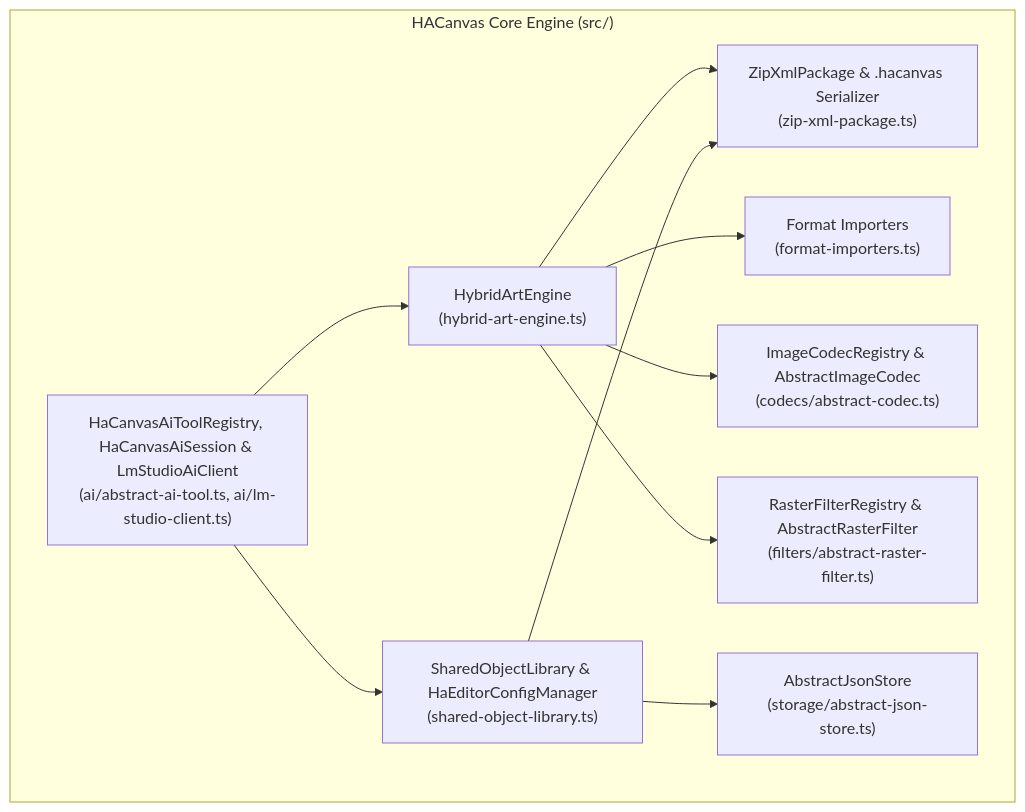
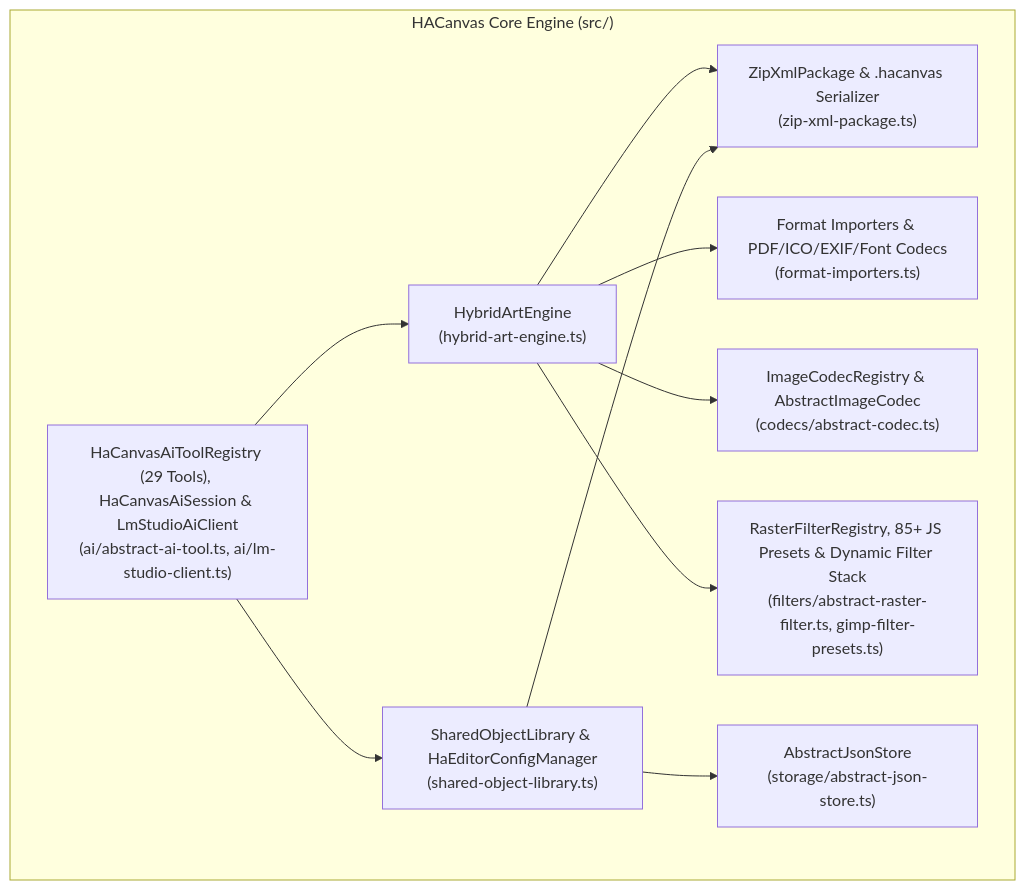
One commit to NexusTools/HACanvas changed the diagram in README.md. Above: the diagram before and after it, drawn with Mermaid. The commit also changed other lines of this file and 257 other files, not shown here.

Commit message:
feat: modular 1-class-per-file architecture, dynamic object/layer filters, timeline & node inspection, 33 AI tools, and docs

````diff
--- a/README.md
+++ b/README.md
@@ -41,22 +42,22 @@
 ```mermaid
 flowchart TD
     subgraph HACanvas["HACanvas Core Engine (src/)"]
         HAE["HybridArtEngine<br/>(hybrid-art-engine.ts)"]
         ZXP["ZipXmlPackage & .hacanvas Serializer<br/>(zip-xml-package.ts)"]
-        FI["Format Importers<br/>(format-importers.ts)"]
+        FI["Format Importers & PDF/ICO/EXIF/Font Codecs<br/>(format-importers.ts)"]
         SOL["SharedObjectLibrary & HaEditorConfigManager<br/>(shared-object-library.ts)"]
         ICR["ImageCodecRegistry & AbstractImageCodec<br/>(codecs/abstract-codec.ts)"]
-        RFR["RasterFilterRegistry & AbstractRasterFilter<br/>(filters/abstract-raster-filter.ts)"]
+        RFR["RasterFilterRegistry, 85+ JS Presets & Dynamic Filter Stack<br/>(filters/abstract-raster-filter.ts, gimp-filter-presets.ts)"]
         AJS["AbstractJsonStore<br/>(storage/abstract-json-store.ts)"]
-        AIT["HaCanvasAiToolRegistry, HaCanvasAiSession & LmStudioAiClient<br/>(ai/abstract-ai-tool.ts, ai/lm-studio-client.ts)"]
+        AIT["HaCanvasAiToolRegistry (29 Tools), HaCanvasAiSession & LmStudioAiClient<br/>(ai/abstract-ai-tool.ts, ai/lm-studio-client.ts)"]
     end
 
     AIT --> HAE
     AIT --> SOL
     HAE --> ZXP
     HAE --> FI
     HAE --> ICR
     HAE --> RFR
     SOL --> AJS
     SOL --> ZXP
 ```
````
